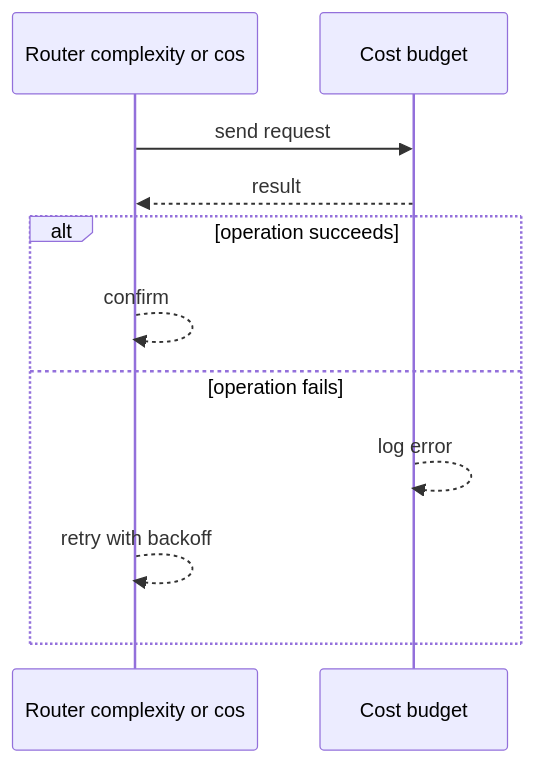
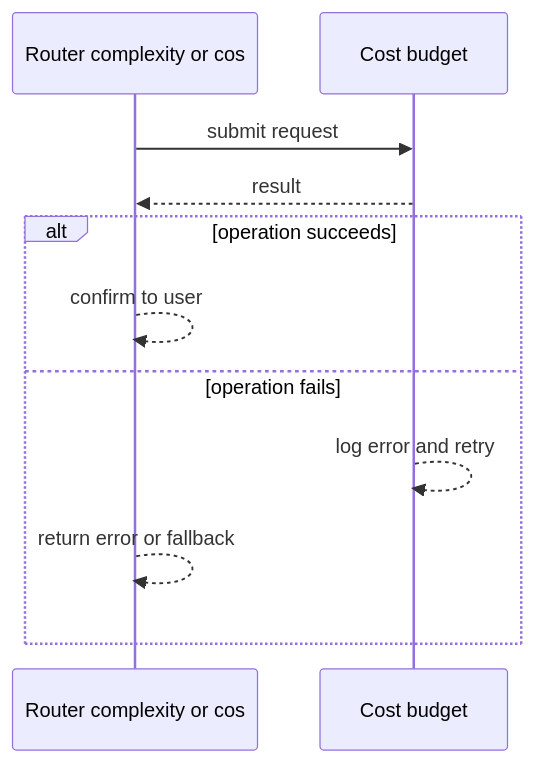
One commit to RIT-MESH/system-design-mastery changed the second of 4 diagrams in case-studies/ai-systems/multi-model-routing-platform.md. Above: the diagram before and after it, drawn with Mermaid. The commit also changed other lines of this file and 127 other files, not shown here.

First line of the commit message:
Improve all case study diagrams: case-specific sequences, fix truncated labels

````diff
--- a/case-studies/ai-systems/multi-model-routing-platform.md
+++ b/case-studies/ai-systems/multi-model-routing-platform.md
@@ -74,14 +74,14 @@
 ```mermaid
 %% created-for: system-design-mastery
 sequenceDiagram
-  participant C0 as Router complexity or cos
-  participant C1 as Cost budget
-  C0 ->> C1: send request
-  C1 -->> C0: result
+  participant P0 as Router complexity or cos
+  participant P1 as Cost budget
+  P0 ->> P1: submit request
+  P1 -->> P0: result
   alt operation succeeds
-    C0 -->> C0: confirm
+    P0 -->> P0: confirm to user
   else operation fails
-    C1 -->> C1: log error
-    C0 -->> C0: retry with backoff
+    P1 -->> P1: log error and retry
+    P0 -->> P0: return error or fallback
   end
 ```
````
